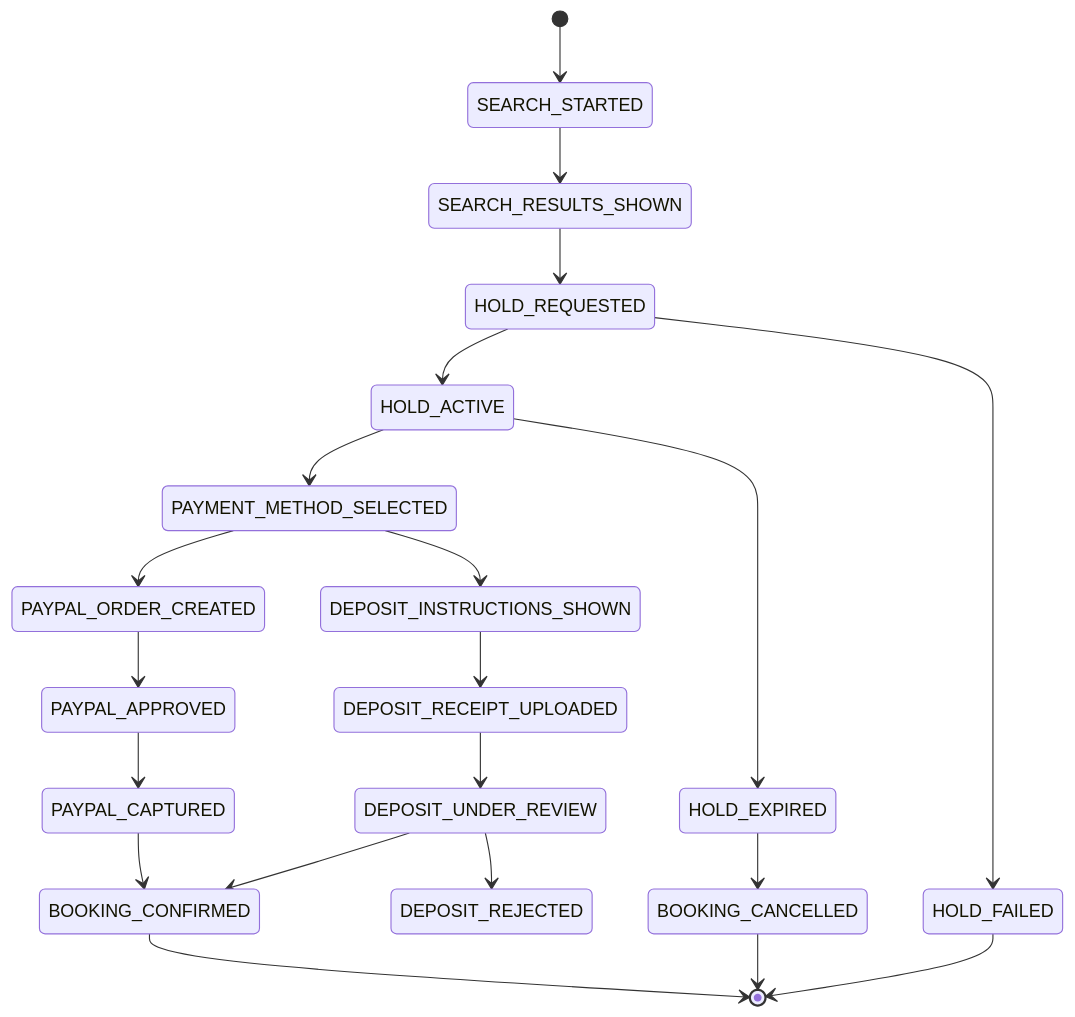
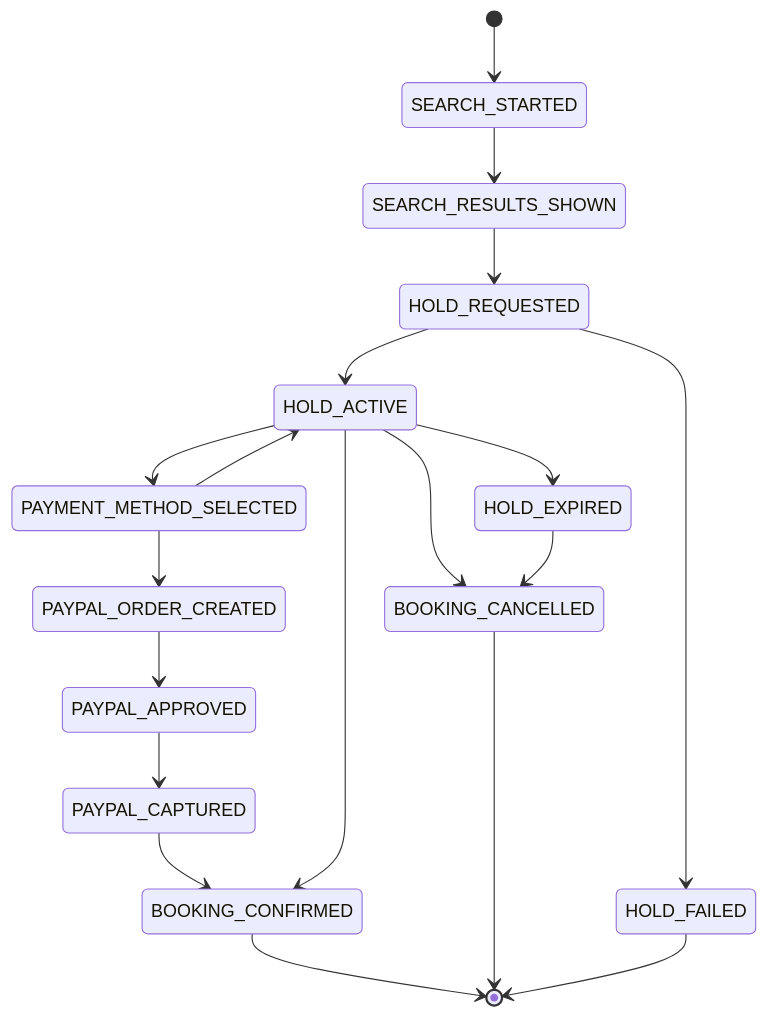
One commit to TommasoRibaudo/kalawala-web changed the second of 3 diagrams in docs/own_booking_engine/tasks.md. Above: the diagram before and after it, drawn with Mermaid. The commit also changed other lines of this file and 211 other files, not shown here.

First line of the commit message:
feat(booking-engine): guest cancellation, manual deposit bookings, local dev stack

````diff
--- a/docs/own_booking_engine/tasks.md
+++ b/docs/own_booking_engine/tasks.md
@@ -81,29 +81,32 @@
 ```mermaid
 stateDiagram-v2
   [*] --> SEARCH_STARTED
   SEARCH_STARTED --> SEARCH_RESULTS_SHOWN
 
   SEARCH_RESULTS_SHOWN --> HOLD_REQUESTED
   HOLD_REQUESTED --> HOLD_ACTIVE
   HOLD_REQUESTED --> HOLD_FAILED
 
   HOLD_ACTIVE --> PAYMENT_METHOD_SELECTED
 
   PAYMENT_METHOD_SELECTED --> PAYPAL_ORDER_CREATED
   PAYPAL_ORDER_CREATED --> PAYPAL_APPROVED
   PAYPAL_APPROVED --> PAYPAL_CAPTURED
   PAYPAL_CAPTURED --> BOOKING_CONFIRMED
 
-  PAYMENT_METHOD_SELECTED --> DEPOSIT_INSTRUCTIONS_SHOWN
-  DEPOSIT_INSTRUCTIONS_SHOWN --> DEPOSIT_RECEIPT_UPLOADED
-  DEPOSIT_RECEIPT_UPLOADED --> DEPOSIT_UNDER_REVIEW
-  DEPOSIT_UNDER_REVIEW --> BOOKING_CONFIRMED
-  DEPOSIT_UNDER_REVIEW --> DEPOSIT_REJECTED
+  %% Manual deposit reuses the PayPal hold states rather than the DEPOSIT_*
+  %% states originally sketched here. None of those were ever added to the
+  %% booking_status enum or the TS union, and adding them would have meant
+  %% editing ~10 status guards plus the hold-expiry worker. Reusing HOLD_ACTIVE
+  %% means an abandoned deposit is swept by the existing worker for free.
+  PAYMENT_METHOD_SELECTED --> HOLD_ACTIVE
+  HOLD_ACTIVE --> BOOKING_CONFIRMED
+  HOLD_ACTIVE --> BOOKING_CANCELLED
 
   HOLD_ACTIVE --> HOLD_EXPIRED
   HOLD_EXPIRED --> BOOKING_CANCELLED
 
   BOOKING_CONFIRMED --> [*]
   BOOKING_CANCELLED --> [*]
   HOLD_FAILED --> [*]
 ```
````
